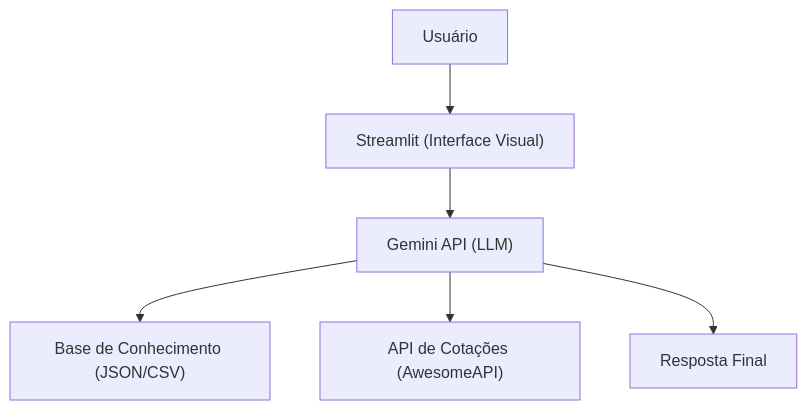
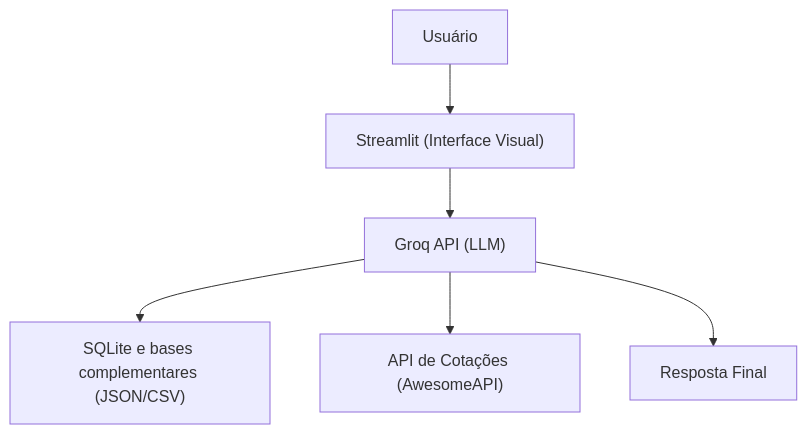
Before and after one commit to PedroGiffoni/FinTrack-Capacita: the diagram in eduIa/docs/01-documentacao-agente.md, drawn with Mermaid. The commit also changed other lines of this file and 73 other files, not shown here.

````diff
--- a/eduIa/docs/01-documentacao-agente.md
+++ b/eduIa/docs/01-documentacao-agente.md
@@ -49,8 +51,8 @@
 ```mermaid
 flowchart TD
     A[Usuário] --> B["Streamlit (Interface Visual)"]
-    B --> C["Gemini API (LLM)"]
-    C --> D["Base de Conhecimento (JSON/CSV)"]
+    B --> C["Groq API (LLM)"]
+    C --> D["SQLite e bases complementares (JSON/CSV)"]
     C --> E["API de Cotações (AwesomeAPI)"]
     C --> F["Resposta Final"]
 ```
````
